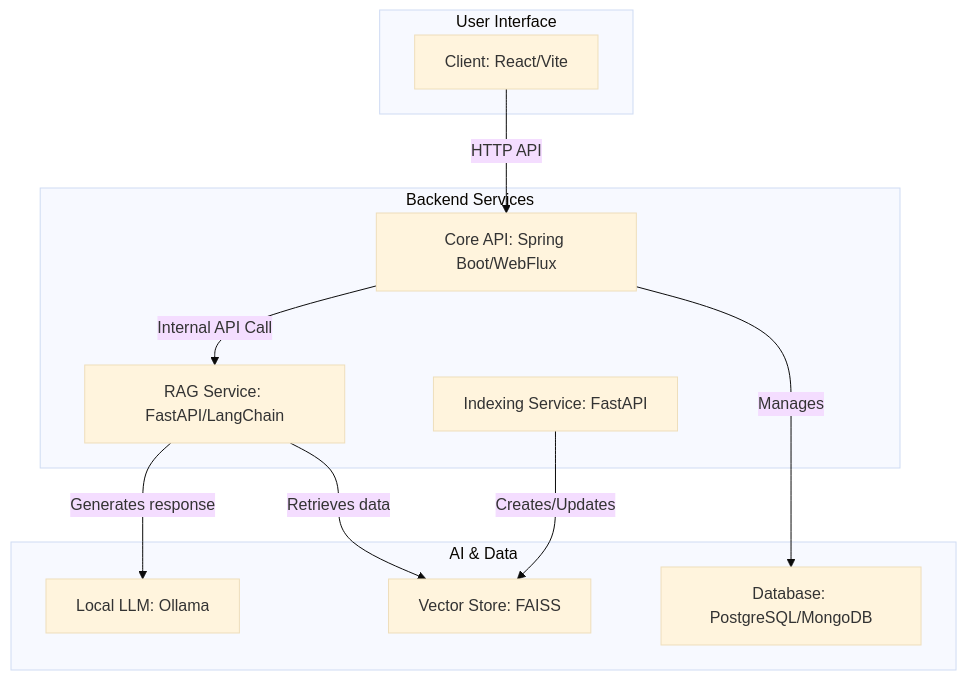
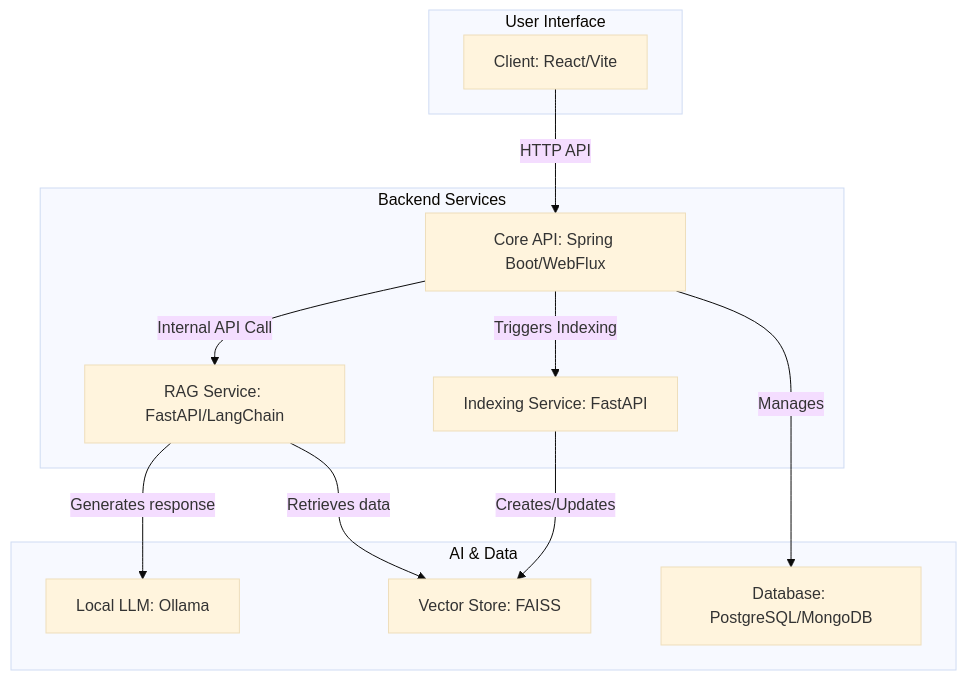
Before and after one commit to fake-dev-log/rag-chatbot-prototype: the diagram in README.md, drawn with Mermaid (base theme). The commit also changed other lines of this file and 35 other files, not shown here.

````diff
--- a/README.md
+++ b/README.md
@@ -13,25 +13,26 @@
 ```mermaid
 graph TD
     subgraph User Interface
         A[Client: React/Vite]
     end
 
     subgraph Backend Services
         B[Core API: Spring Boot/WebFlux]
         C[RAG Service: FastAPI/LangChain]
         D[Indexing Service: FastAPI]
     end
 
     subgraph AI & Data
         E[Local LLM: Ollama]
         F[Vector Store: FAISS]
         G[Database: PostgreSQL/MongoDB]
     end
 
     A -- HTTP API --> B
     B -- Internal API Call --> C
+    B -- Triggers Indexing --> D
     B -- Manages --> G
     C -- Retrieves data --> F
     C -- Generates response --> E
     D -- Creates/Updates --> F
 ```
````
